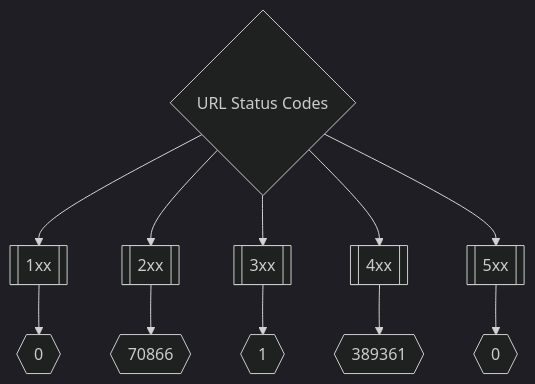
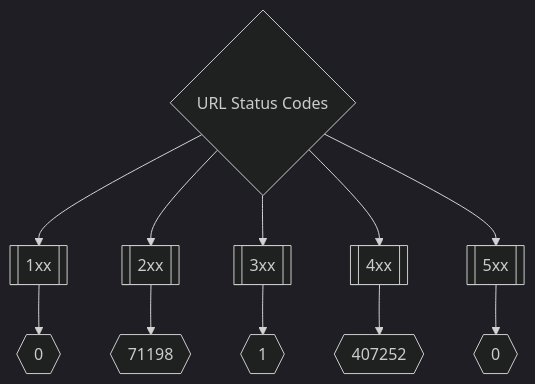
The second of 3 diagrams in README.md (trickest/inventory), drawn with Mermaid (dark theme) before and after one commit. The commit also changed other lines of this file, not shown here.

Commit message:
Update Fri Apr 29 14:52:23 UTC 2022

````diff
--- a/README.md
+++ b/README.md
@@ -173,8 +173,8 @@
 ```mermaid
 graph TD
 title{URL Status Codes} --> 1xx[[1xx]] --> status1xxNum{{0}}
-title --> 2xx[[2xx]] --> status2xxNum{{70866}}
+title --> 2xx[[2xx]] --> status2xxNum{{71198}}
 title --> 3xx[[3xx]] --> status3xxNum{{1}}
-title --> 4xx[[4xx]] --> status4xxNum{{389361}}
+title --> 4xx[[4xx]] --> status4xxNum{{407252}}
 title --> 5xx[[5xx]] --> status5xxNum{{0}}
 ```
````
